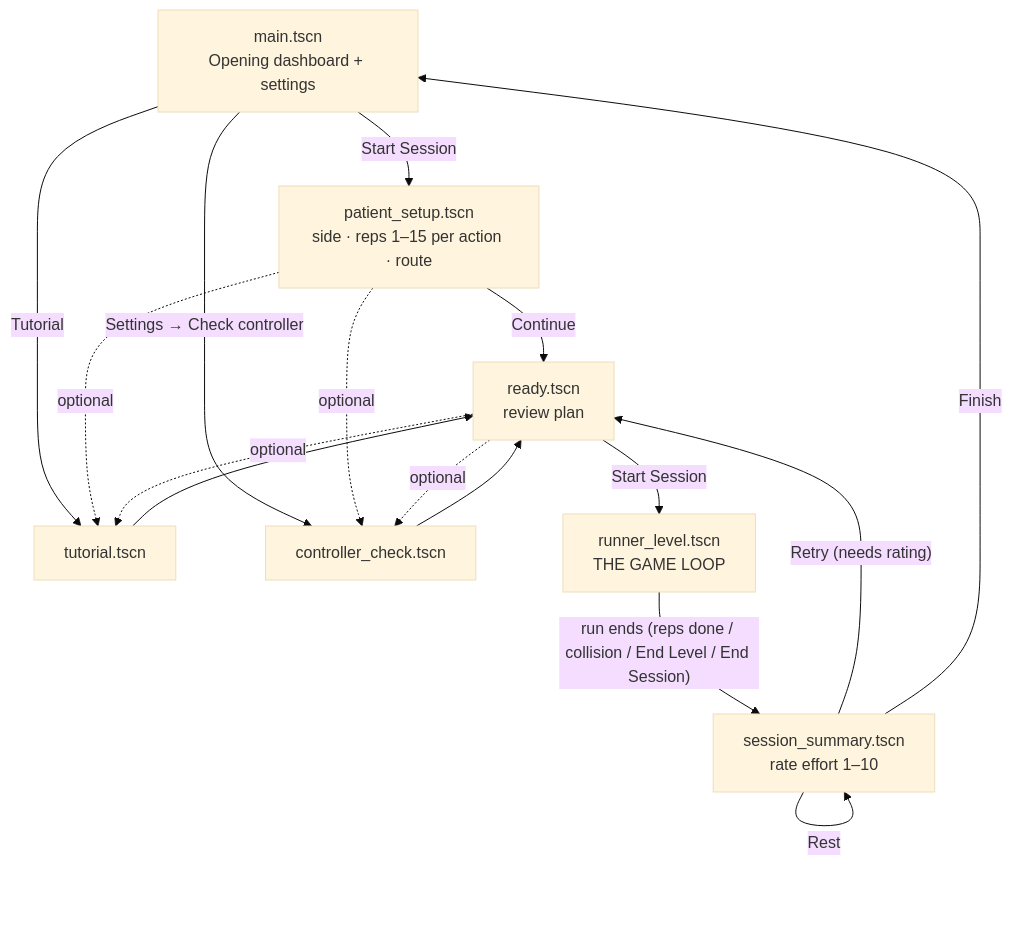
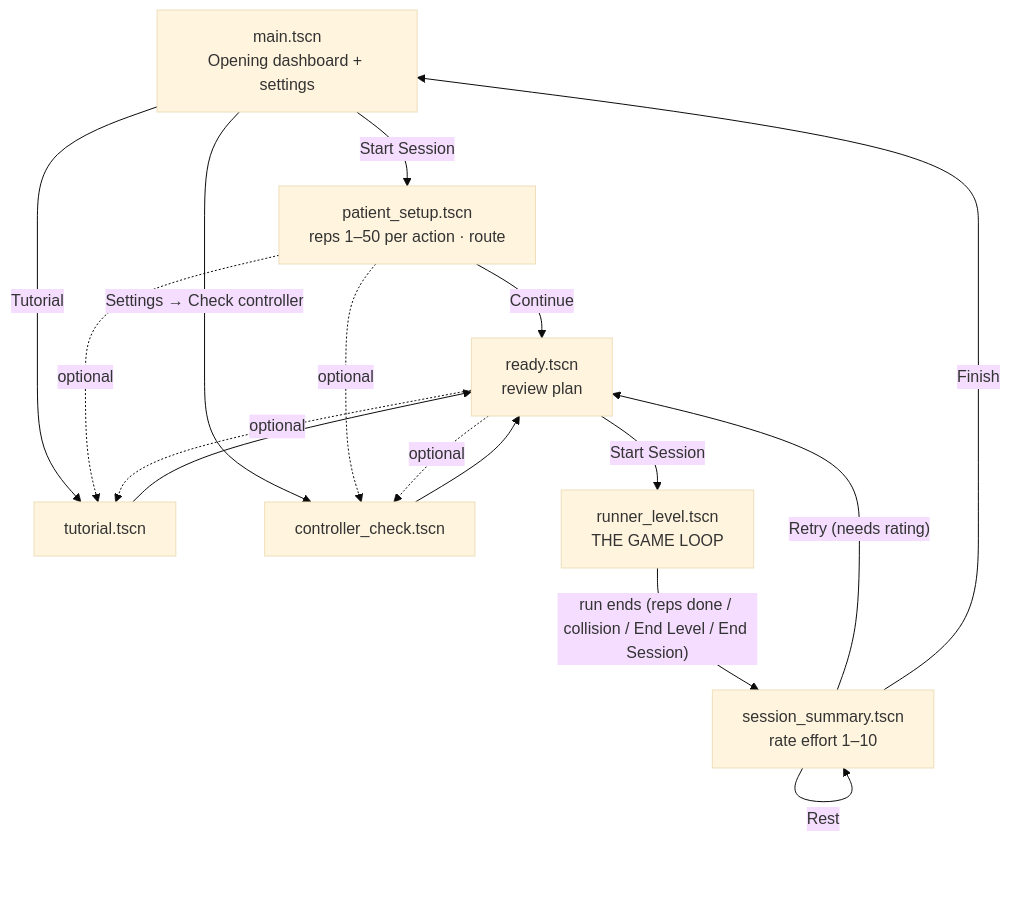
One commit to uyronmarche14/peterRun changed the second of 8 diagrams in guide/explainers/how-the-game-works.md. Above: the diagram before and after it, drawn with Mermaid (base theme). The commit also changed 18 other files, not shown here.

Commit message:
feat: 50 reps per movement, wider speed range, no in-run Misses counter, lower input latency

````diff
--- a/guide/explainers/how-the-game-works.md
+++ b/guide/explainers/how-the-game-works.md
@@ -39,18 +39,18 @@
 ```mermaid
 flowchart TD
-    M["main.tscn<br/>Opening dashboard + settings"] -->|Start Session| S["patient_setup.tscn<br/>side · reps 1–15 per action · route"]
+    M["main.tscn<br/>Opening dashboard + settings"] -->|Start Session| S["patient_setup.tscn<br/>reps 1–50 per action · route"]
     M -->|Tutorial| TU["tutorial.tscn"]
     M -->|Settings → Check controller| CC["controller_check.tscn"]
     S -->|Continue| RD["ready.tscn<br/>review plan"]
     S -.optional.-> CC
     S -.optional.-> TU
     RD -->|Start Session| L["runner_level.tscn<br/>THE GAME LOOP"]
     RD -.optional.-> TU
     RD -.optional.-> CC
     TU --> RD
     CC --> RD
     L -->|"run ends (reps done / collision / End Level / End Session)"| SM["session_summary.tscn<br/>rate effort 1–10"]
     SM -->|"Retry (needs rating)"| RD
     SM -->|Rest| SM
     SM -->|Finish| M
 ```
````
